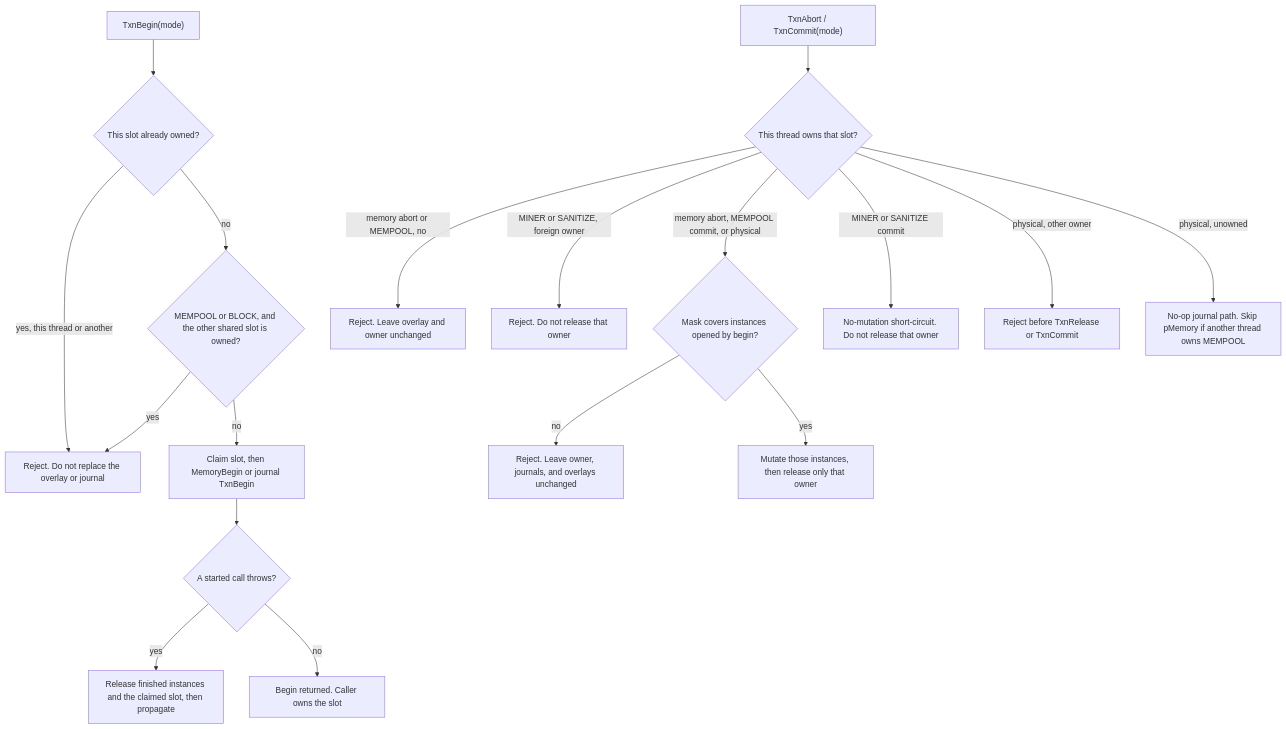
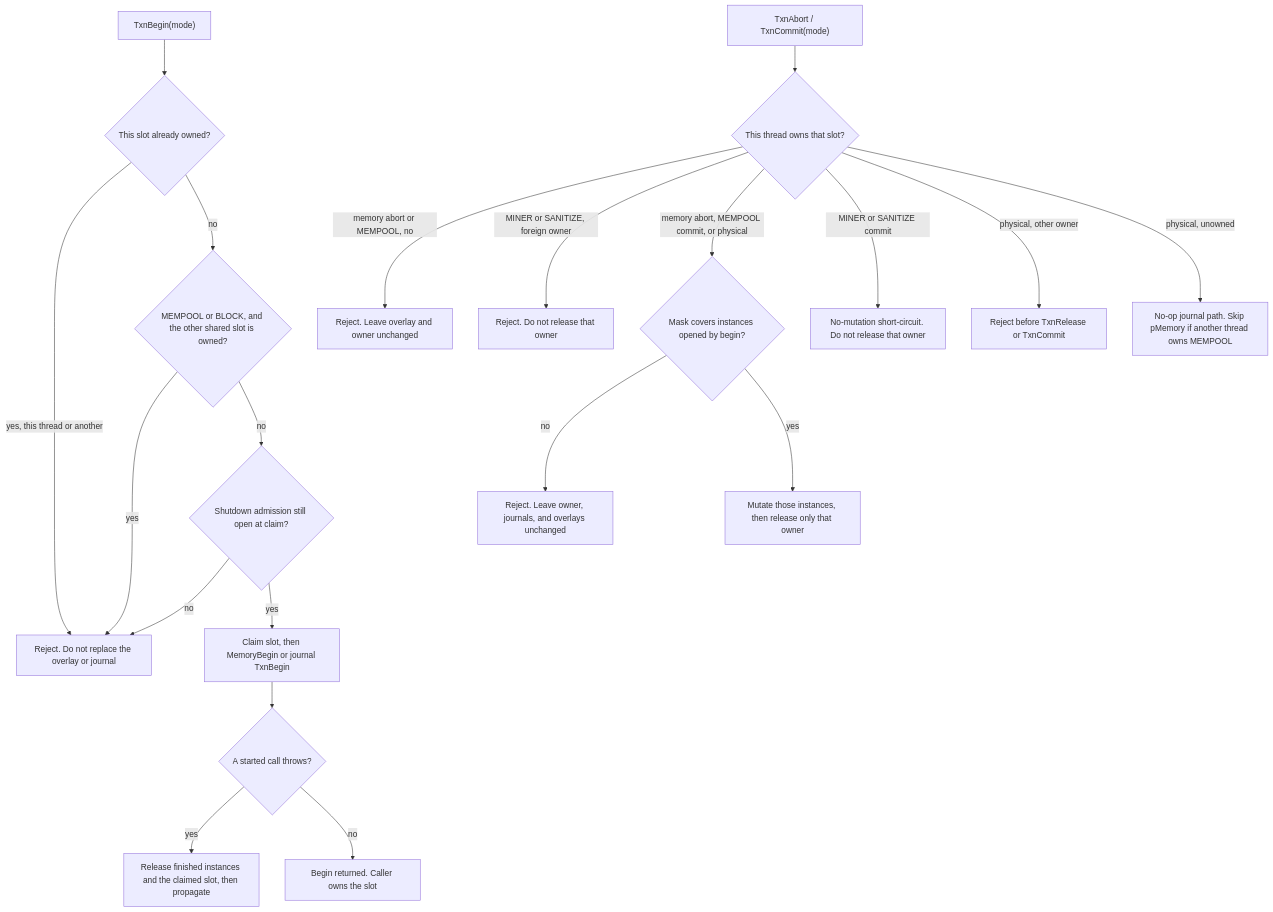
Before and after one commit to NamecoinGithub/LLL-TAO: the diagram in docs/diagrams/architecture/lld-global-transactions.md, drawn with Mermaid. The commit also changed other lines of this file and 6 other files, not shown here.

````diff
--- a/docs/diagrams/architecture/lld-global-transactions.md
+++ b/docs/diagrams/architecture/lld-global-transactions.md
@@ -9,21 +9,23 @@
 ```mermaid
 flowchart TD
     A["TxnBegin(mode)"] --> B{"This slot already owned?"}
     B -->|yes, this thread or another| C["Reject. Do not replace the overlay or journal"]
     B -->|no| S{"MEMPOOL or BLOCK, and the other shared slot is owned?"}
     S -->|yes| C
-    S -->|no| D["Claim slot, then MemoryBegin or journal TxnBegin"]
+    S -->|no| A2{"Shutdown admission still open at claim?"}
+    A2 -->|no| C
+    A2 -->|yes| D["Claim slot, then MemoryBegin or journal TxnBegin"]
     D --> Q{"A started call throws?"}
     Q -->|yes| R["Release finished instances and the claimed slot, then propagate"]
     Q -->|no| T["Begin returned. Caller owns the slot"]
 
     E["TxnAbort / TxnCommit(mode)"] --> F{"This thread owns that slot?"}
     F -->|memory abort or MEMPOOL, no| G["Reject. Leave overlay and owner unchanged"]
     F -->|MINER or SANITIZE, foreign owner| K["Reject. Do not release that owner"]
     F -->|memory abort, MEMPOOL commit, or physical| M{"Mask covers instances opened by begin?"}
     M -->|no| N["Reject. Leave owner, journals, and overlays unchanged"]
     M -->|yes| H["Mutate those instances, then release only that owner"]
     F -->|MINER or SANITIZE commit| P["No-mutation short-circuit. Do not release that owner"]
     F -->|physical, other owner| I["Reject before TxnRelease or TxnCommit"]
     F -->|physical, unowned| J["No-op journal path. Skip pMemory if another thread owns MEMPOOL"]
 ```
````
